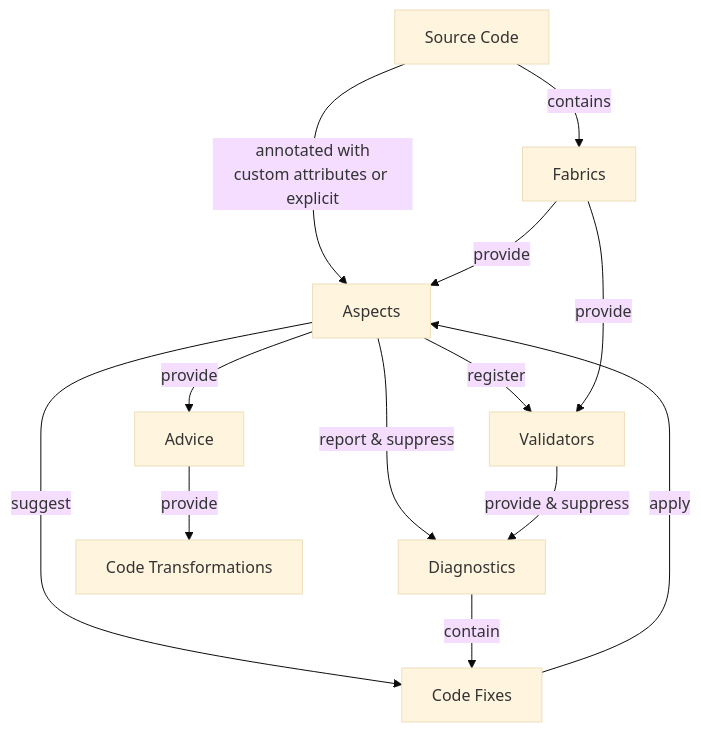
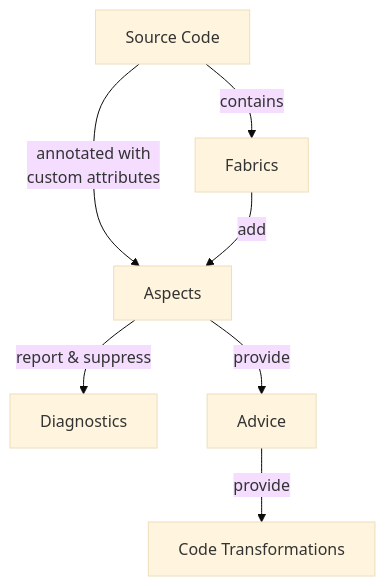
One commit to metalama/Metalama.Documentation changed the first of 2 diagrams in content/conceptual/aspects/architecture/architecture.md. Above: the diagram before and after it, drawn with Mermaid (base theme). The commit also changed other lines of this file, not shown here.

Commit message:
Update architecture.md to show Validation and CodeFixes as extension packages

````diff
--- a/content/conceptual/aspects/architecture/architecture.md
+++ b/content/conceptual/aspects/architecture/architecture.md
@@ -15,15 +17,9 @@
 ```mermaid
-flowchart  TB
+flowchart TB
+    SourceCode[Source Code] -- annotated with<br>custom attributes --> Aspects
+    SourceCode -- contains --> Fabrics
+    Fabrics -- add --> Aspects
     Aspects -- report & suppress --> Diagnostics
-    Aspects -- register --> Validators
-    Aspects -- suggest --> CodeFixes
     Aspects -- provide --> Advice
-    Advice -- provide --> Transformation[Code Transformations]
-    SourceCode[Source Code] -- annotated with<br>custom attributes or explicit --> Aspects
-    SourceCode -- contains --> Fabrics
-    Fabrics -- provide --> Aspects
-    Fabrics -- provide --> Validators
-    Validators -- provide & suppress--> Diagnostics
-    Diagnostics -- contain --> CodeFixes
-    CodeFixes[Code Fixes] -- apply --> Aspects
+    Advice -- provide --> Transformations[Code Transformations]
 ```
````
